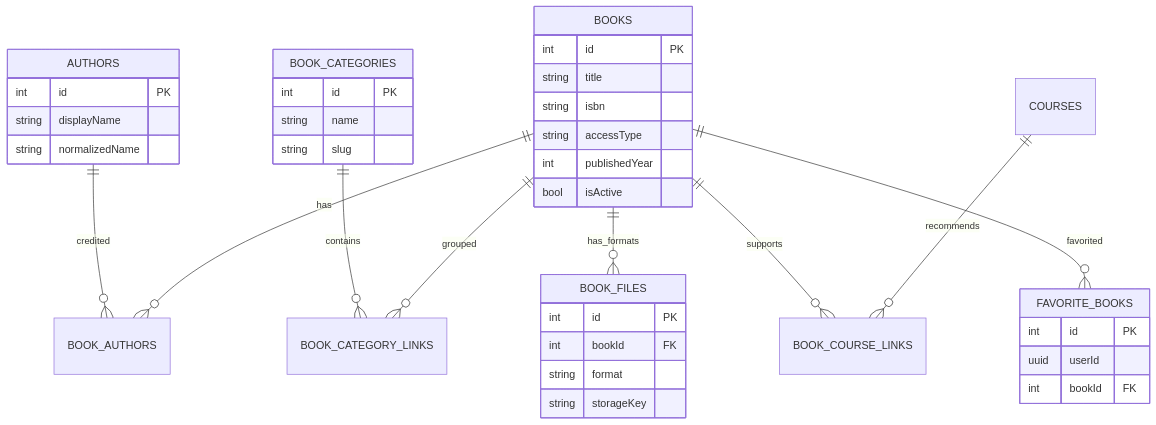
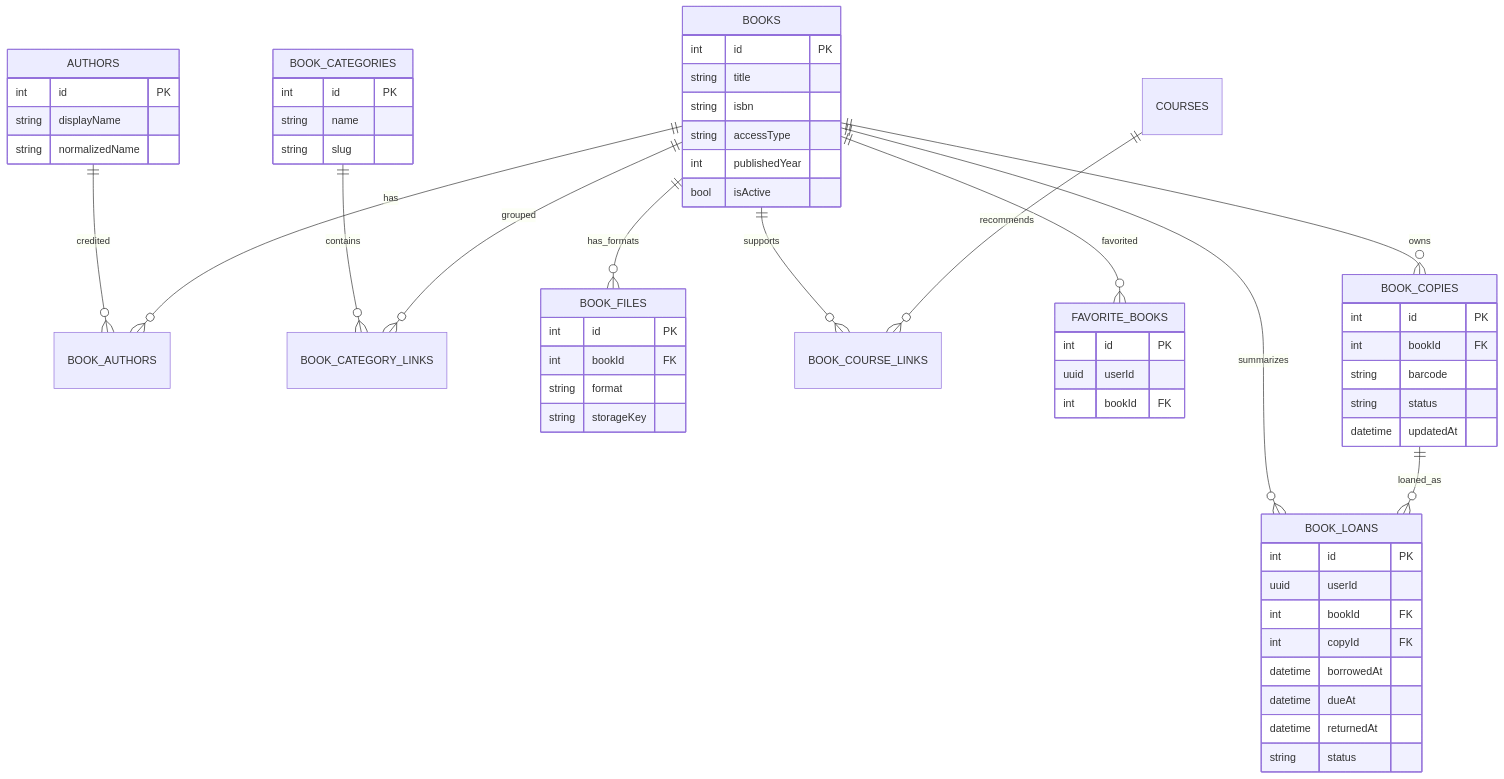
One commit to JasonTM17/CampusMate changed the third of 5 diagrams in docs/database.md. Above: the diagram before and after it, drawn with Mermaid. The commit also changed other lines of this file and 147 other files, not shown here.

````diff
--- a/docs/database.md
+++ b/docs/database.md
@@ -127,45 +127,67 @@
 ```mermaid
 erDiagram
     AUTHORS ||--o{ BOOK_AUTHORS : credited
     BOOKS ||--o{ BOOK_AUTHORS : has
     BOOK_CATEGORIES ||--o{ BOOK_CATEGORY_LINKS : contains
     BOOKS ||--o{ BOOK_CATEGORY_LINKS : grouped
     BOOKS ||--o{ BOOK_FILES : has_formats
     BOOKS ||--o{ BOOK_COURSE_LINKS : supports
     COURSES ||--o{ BOOK_COURSE_LINKS : recommends
     BOOKS ||--o{ FAVORITE_BOOKS : favorited
+    BOOKS ||--o{ BOOK_COPIES : owns
+    BOOKS ||--o{ BOOK_LOANS : summarizes
+    BOOK_COPIES ||--o{ BOOK_LOANS : loaned_as
 
     AUTHORS {
         int id PK
         string displayName
         string normalizedName
     }
 
     BOOKS {
         int id PK
         string title
         string isbn
         string accessType
         int publishedYear
         bool isActive
     }
 
     BOOK_CATEGORIES {
         int id PK
         string name
         string slug
     }
 
     BOOK_FILES {
         int id PK
         int bookId FK
         string format
         string storageKey
     }
 
     FAVORITE_BOOKS {
         int id PK
         uuid userId
         int bookId FK
     }
+
+    BOOK_COPIES {
+        int id PK
+        int bookId FK
+        string barcode
+        string status
+        datetime updatedAt
+    }
+
+    BOOK_LOANS {
+        int id PK
+        uuid userId
+        int bookId FK
+        int copyId FK
+        datetime borrowedAt
+        datetime dueAt
+        datetime returnedAt
+        string status
+    }
 ```
````
